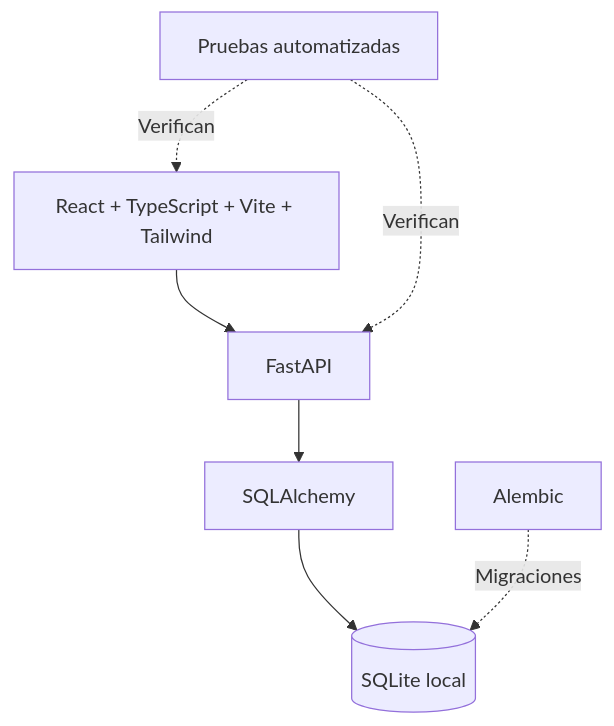
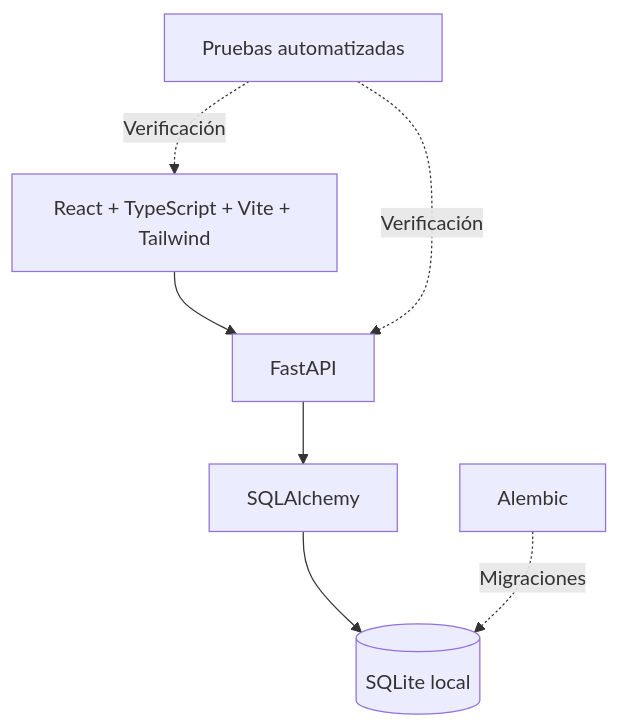
One commit to isaiassolis/comunicaxion-service-showcase changed the diagram in docs/arquitectura.md. Above: the diagram before and after it, drawn with Mermaid. The commit also changed other lines of this file, not shown here.

````diff
--- a/docs/arquitectura.md
+++ b/docs/arquitectura.md
@@ -9,9 +9,9 @@
 ```mermaid
 flowchart TB
   UI[React + TypeScript + Vite + Tailwind] --> API[FastAPI]
   API --> ORM[SQLAlchemy]
   ORM --> DB[(SQLite local)]
   MIG[Alembic] -. Migraciones .-> DB
-  TEST[Pruebas automatizadas] -. Verifican .-> UI
-  TEST -. Verifican .-> API
+  TEST[Pruebas automatizadas] -. Verificación .-> UI
+  TEST -. Verificación .-> API
 ```
````
